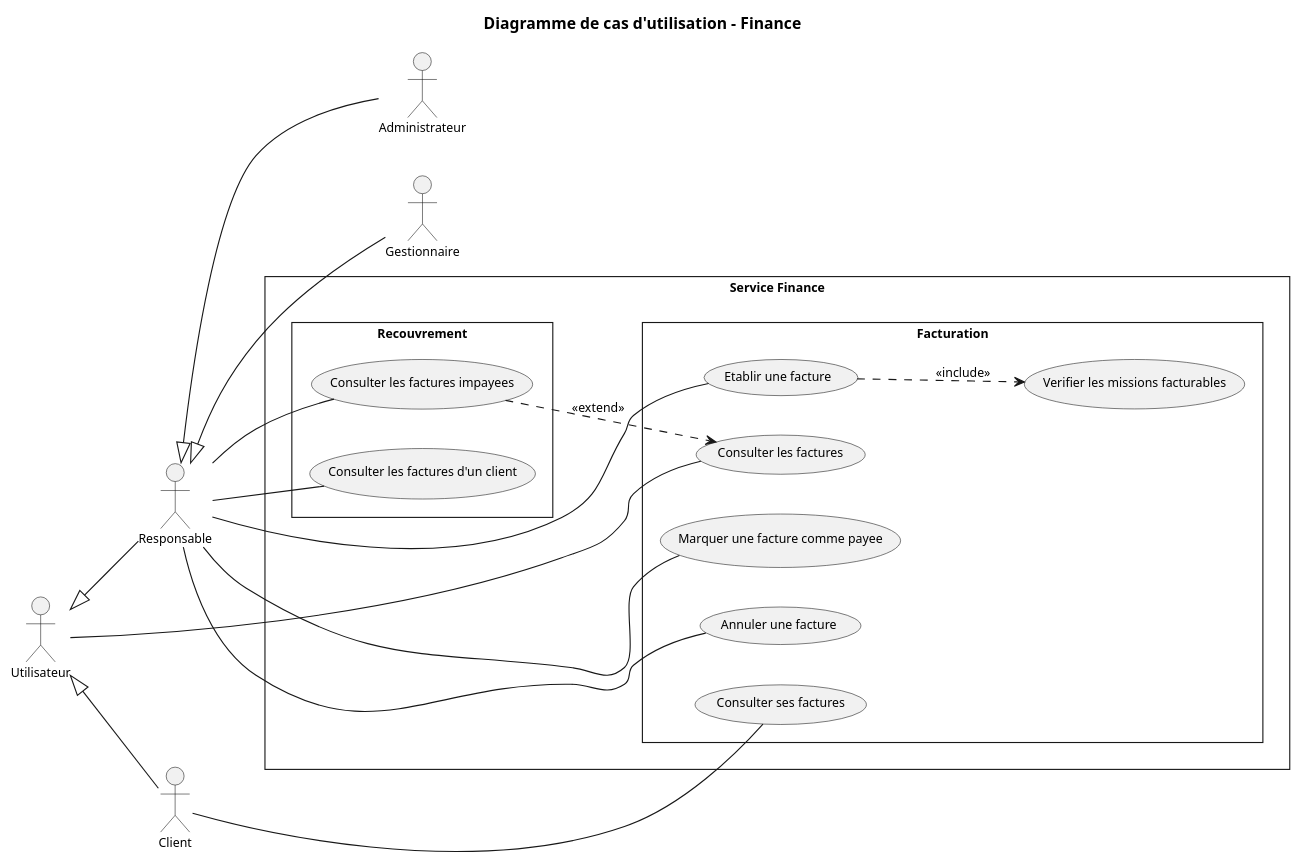
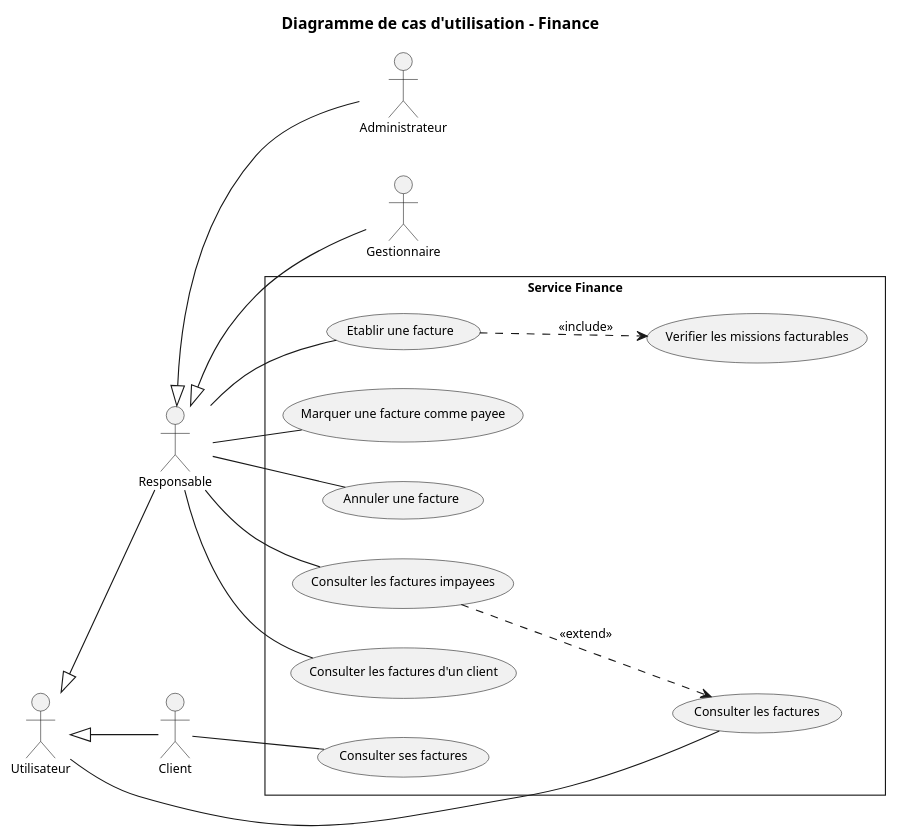
The diagram in docs/diagrams/microservices/Finance/Finance-usecase.puml (saber-barhoumi/Xpark-gmao), drawn with PlantUML before and after one commit. The commit also changed 37 other files, not shown here.

```diff
--- a/docs/diagrams/microservices/Finance/Finance-usecase.puml
+++ b/docs/diagrams/microservices/Finance/Finance-usecase.puml
@@ -1,51 +1,47 @@
 @startuml
 skinparam style strictuml
 skinparam packageStyle rectangle
 skinparam shadowing false
 skinparam defaultFontName Verdana
 skinparam defaultFontSize 11
 skinparam backgroundColor #FFFFFF
 left to right direction
 
 title Diagramme de cas d'utilisation - Finance
 
 ' Acteurs principaux (a gauche)
 actor "Utilisateur" as Utilisateur
 actor "Responsable" as Responsable
 actor "Administrateur" as Administrateur
 actor "Gestionnaire" as Gestionnaire
 actor "Client" as Client
 
 Utilisateur <|-- Responsable
 Responsable <|-- Administrateur
 Responsable <|-- Gestionnaire
 Utilisateur <|-- Client
 
 rectangle "Service Finance" {
-  package "Facturation" {
-    usecase "Consulter les factures" as UC_Consulter_les_factures
-    usecase "Consulter ses factures" as UC_Consulter_ses_factures
-    usecase "Etablir une facture" as UC_Etablir_une_facture
-    usecase "Verifier les missions facturables" as UC_Verifier_les_missions_facturables
-    usecase "Marquer une facture comme payee" as UC_Marquer_une_facture_comme_payee
-    usecase "Annuler une facture" as UC_Annuler_une_facture
-  }
-  package "Recouvrement" {
-    usecase "Consulter les factures impayees" as UC_Consulter_les_factures_impayees
-    usecase "Consulter les factures d'un client" as UC_Consulter_les_factures_d_un_client
-  }
+  usecase "Consulter les factures" as UC_Consulter_les_factures
+  usecase "Consulter ses factures" as UC_Consulter_ses_factures
+  usecase "Etablir une facture" as UC_Etablir_une_facture
+  usecase "Verifier les missions facturables" as UC_Verifier_les_missions_facturables
+  usecase "Marquer une facture comme payee" as UC_Marquer_une_facture_comme_payee
+  usecase "Annuler une facture" as UC_Annuler_une_facture
+  usecase "Consulter les factures impayees" as UC_Consulter_les_factures_impayees
+  usecase "Consulter les factures d'un client" as UC_Consulter_les_factures_d_un_client
 }
 
 ' Associations : trait continu sans fleche (UML : relation d'association)
 Utilisateur -- UC_Consulter_les_factures
 Responsable -- UC_Annuler_une_facture
 Responsable -- UC_Consulter_les_factures_d_un_client
 Responsable -- UC_Consulter_les_factures_impayees
 Responsable -- UC_Etablir_une_facture
 Responsable -- UC_Marquer_une_facture_comme_payee
 Client -- UC_Consulter_ses_factures
 
 UC_Etablir_une_facture ..> UC_Verifier_les_missions_facturables : << include >>
 UC_Consulter_les_factures_impayees ..> UC_Consulter_les_factures : << extend >>
 
 @enduml
```
